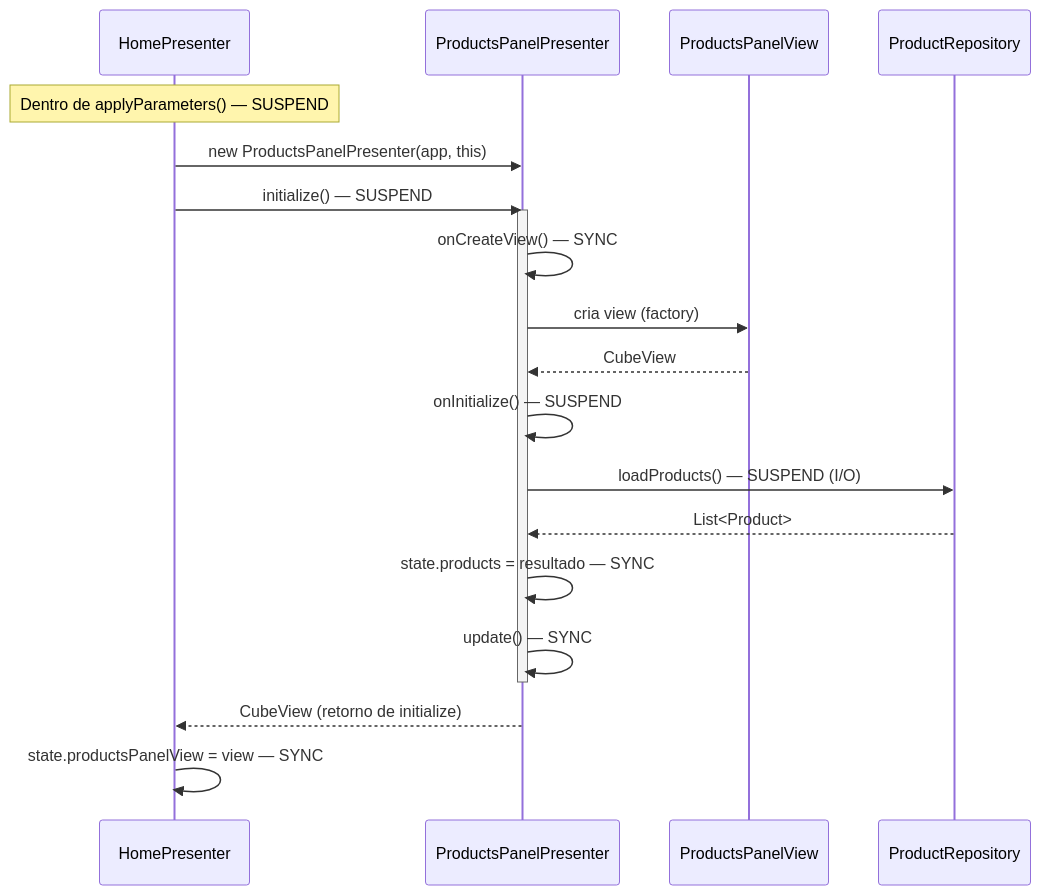
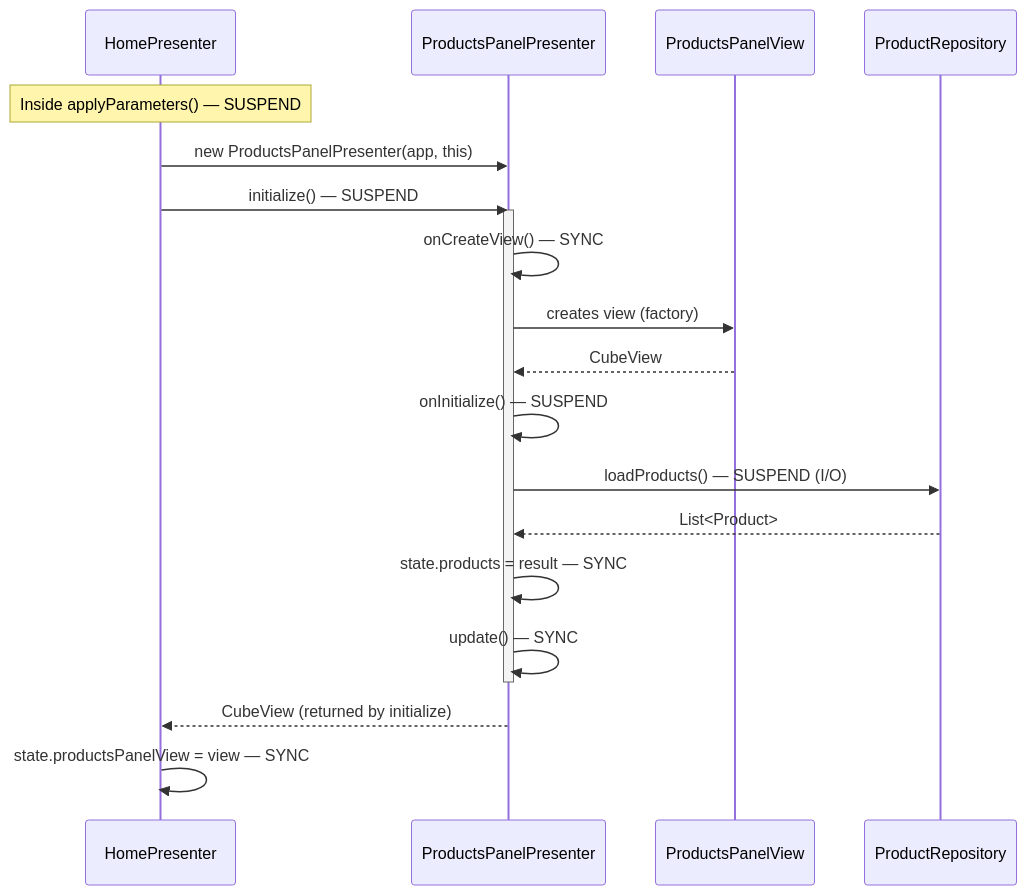
Diagram 15 of 19 in docs/architecture-cube.md (mrcdom/wdc-cube-kotlin), drawn with Mermaid before and after one commit. The commit also changed other lines of this file and 10 other files, not shown here.

First line of the commit message:
docs: architecture docs and top-level READMEs in US English

````diff
--- a/docs/architecture-cube.md
+++ b/docs/architecture-cube.md
@@ -785,27 +785,27 @@
 ```mermaid
 sequenceDiagram
     participant Parent as HomePresenter
     participant Child as ProductsPanelPresenter
     participant View as ProductsPanelView
     participant Repo as ProductRepository
 
-    Note over Parent: Dentro de applyParameters() — SUSPEND
+    Note over Parent: Inside applyParameters() — SUSPEND
 
     Parent->>Child: new ProductsPanelPresenter(app, this)
     Parent->>Child: initialize() — SUSPEND
 
     activate Child
     Child->>Child: onCreateView() — SYNC
-    Child->>View: cria view (factory)
+    Child->>View: creates view (factory)
     View-->>Child: CubeView
 
     Child->>Child: onInitialize() — SUSPEND
     Child->>Repo: loadProducts() — SUSPEND (I/O)
     Repo-->>Child: List<Product>
-    Child->>Child: state.products = resultado — SYNC
+    Child->>Child: state.products = result — SYNC
     Child->>Child: update() — SYNC
     deactivate Child
 
-    Child-->>Parent: CubeView (retorno de initialize)
+    Child-->>Parent: CubeView (returned by initialize)
     Parent->>Parent: state.productsPanelView = view — SYNC
 ```
````
